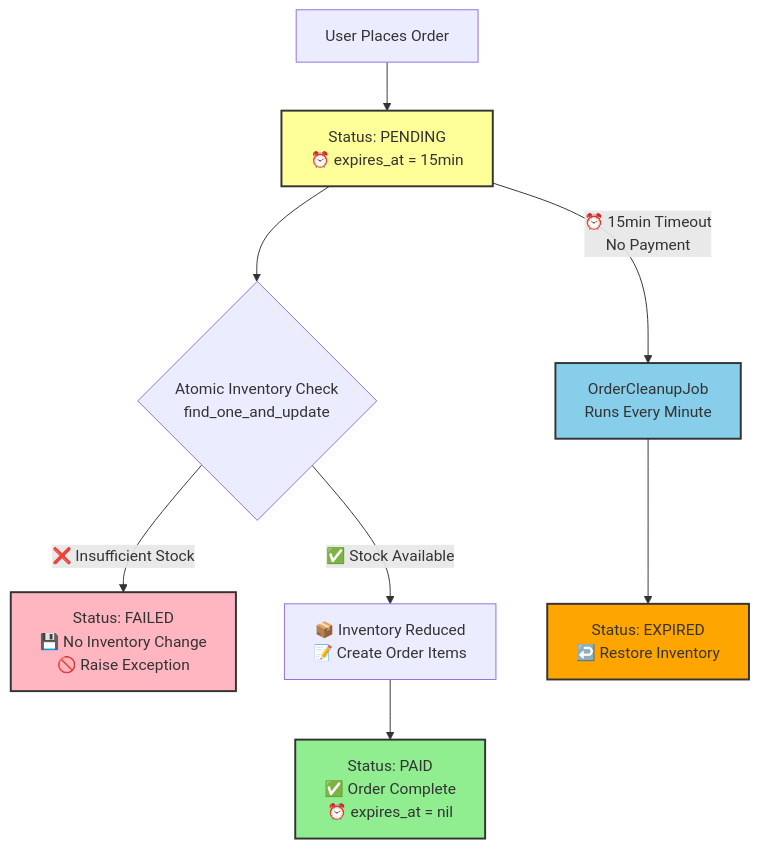
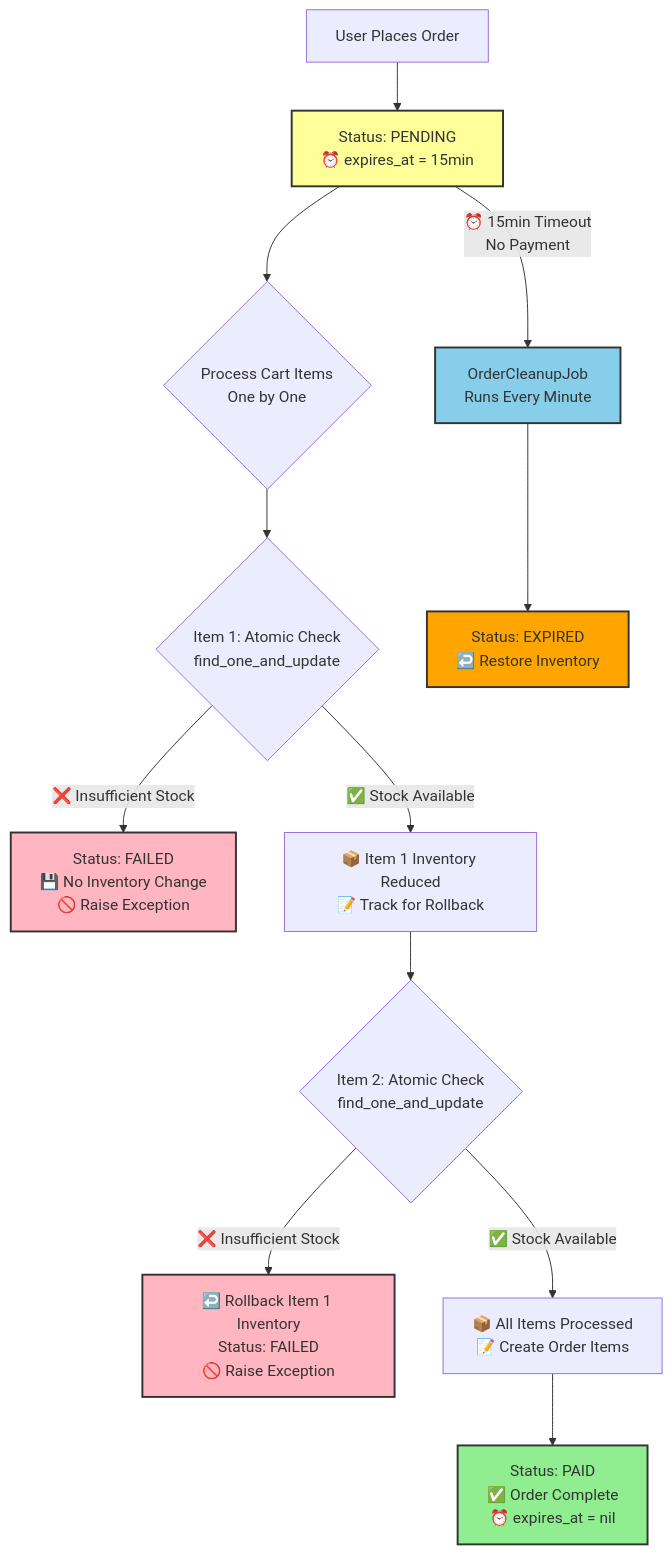
Before and after one commit to mengrui-song/tablecheck-ruby-take-home: the diagram in README.md, drawn with Mermaid. The commit also changed other lines of this file, not shown here.

Commit message:
docs: update README to include inventory rollback protection and testing scenarios for failed orders

````diff
--- a/README.md
+++ b/README.md
@@ -108,23 +117,32 @@
 ```mermaid
 graph TD
     A[User Places Order] --> B[Status: PENDING<br/>⏰ expires_at = 15min]
-    
-    B --> C{Atomic Inventory Check<br/>find_one_and_update}
-    
-    C -->|❌ Insufficient Stock| D[Status: FAILED<br/>💾 No Inventory Change<br/>🚫 Raise Exception]
-    
-    C -->|✅ Stock Available| E[📦 Inventory Reduced<br/>📝 Create Order Items]
-    
-    E --> F[Status: PAID<br/>✅ Order Complete<br/>⏰ expires_at = nil]
-    
-    B -->|⏰ 15min Timeout<br/>No Payment| G[OrderCleanupJob<br/>Runs Every Minute]
-    
-    G --> H[Status: EXPIRED<br/>↩️ Restore Inventory]
-    
+
+    B --> C{Process Cart Items<br/>One by One}
+
+    C --> D{Item 1: Atomic Check<br/>find_one_and_update}
+
+    D -->|❌ Insufficient Stock| E[Status: FAILED<br/>💾 No Inventory Change<br/>🚫 Raise Exception]
+
+    D -->|✅ Stock Available| F[📦 Item 1 Inventory Reduced<br/>📝 Track for Rollback]
+
+    F --> G{Item 2: Atomic Check<br/>find_one_and_update}
+
+    G -->|❌ Insufficient Stock| H[↩️ Rollback Item 1 Inventory<br/>Status: FAILED<br/>🚫 Raise Exception]
+
+    G -->|✅ Stock Available| I[📦 All Items Processed<br/>📝 Create Order Items]
+
+    I --> J[Status: PAID<br/>✅ Order Complete<br/>⏰ expires_at = nil]
+
+    B -->|⏰ 15min Timeout<br/>No Payment| K[OrderCleanupJob<br/>Runs Every Minute]
+
+    K --> L[Status: EXPIRED<br/>↩️ Restore Inventory]
+
     %% Styling
-    style F fill:#90EE90,stroke:#333,stroke-width:2px
-    style D fill:#FFB6C1,stroke:#333,stroke-width:2px  
-    style H fill:#FFA500,stroke:#333,stroke-width:2px
+    style J fill:#90EE90,stroke:#333,stroke-width:2px
+    style E fill:#FFB6C1,stroke:#333,stroke-width:2px
+    style H fill:#FFB6C1,stroke:#333,stroke-width:2px
+    style L fill:#FFA500,stroke:#333,stroke-width:2px
     style B fill:#FFFF99,stroke:#333,stroke-width:2px
-    style G fill:#87CEEB,stroke:#333,stroke-width:2px
+    style K fill:#87CEEB,stroke:#333,stroke-width:2px
 ```
````
